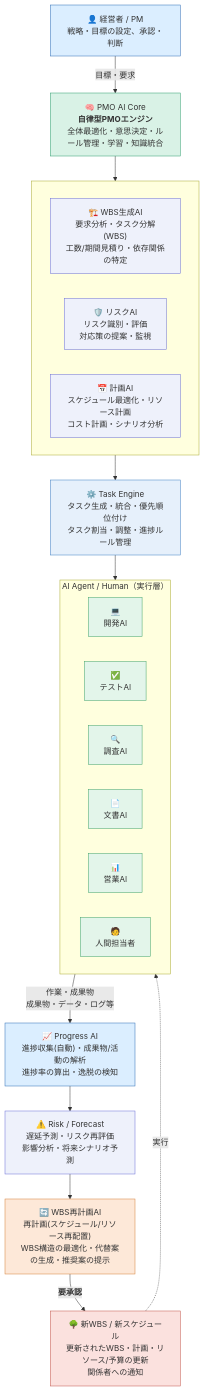
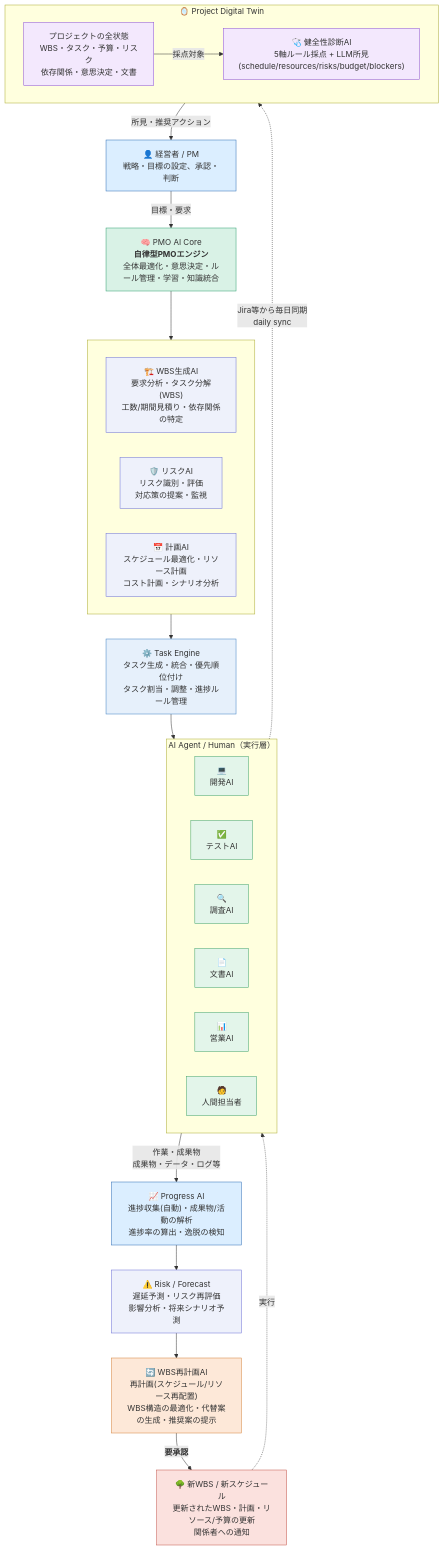
One commit to itanaka66/AI-PMO-Platform changed the diagram in README.md. Above: the diagram before and after it, drawn with Mermaid. The commit also changed other lines of this file, not shown here.

Commit message:
Add Project Digital Twin to the README architecture diagram
The vision diagram covered the WBS-replan loop (Progress AI -> Risk/Forecast
-> WBS-replan AI -> approval) but omitted the Project Digital Twin
(docs/PROJECT-DIGITAL-TWIN.md), even though it's real, running code
alongside that loop: digital_twin_sync pulls a project's full state from
Jira daily, and digital_twin_diagnose scores it via aipmo/health.py's
five-axis rule scoring with an LLM writing the narrative on top -- the same
hybrid principle the diagram already documents for Progress AI.

Adds a "Project Digital Twin" subgraph (state store -> health diagnosis)
connected into the existing loop: execution feeds it via the daily sync,
and its findings flow to the executive/PM alongside the WBS-replan
approval path. Extends the correspondence table with the two new rows and
notes in the closing paragraph that the Digital Twin is implemented, not
just conceptual.

````diff
--- a/README.md
+++ b/README.md
@@ -41,58 +41,70 @@
 ```mermaid
 flowchart TB
     exec["👤 経営者 / PM<br/>戦略・目標の設定、承認・判断"]
     core["🧠 PMO AI Core<br/><b>自律型PMOエンジン</b><br/>全体最適化・意思決定・ルール管理・学習・知識統合"]
 
     subgraph planning[" "]
         direction LR
         wbs_gen["🏗️ WBS生成AI<br/>要求分析・タスク分解(WBS)<br/>工数/期間見積り・依存関係の特定"]
         risk_ai["🛡️ リスクAI<br/>リスク識別・評価<br/>対応策の提案・監視"]
         plan_ai["📅 計画AI<br/>スケジュール最適化・リソース計画<br/>コスト計画・シナリオ分析"]
     end
 
     task_engine["⚙️ Task Engine<br/>タスク生成・統合・優先順位付け<br/>タスク割当・調整・進捗ルール管理"]
 
     subgraph execution["AI Agent / Human（実行層）"]
         direction LR
         dev["💻<br/>開発AI"]
         test["✅<br/>テストAI"]
         research["🔍<br/>調査AI"]
         doc["📄<br/>文書AI"]
         sales["📊<br/>営業AI"]
         human["🧑<br/>人間担当者"]
     end
 
     progress["📈 Progress AI<br/>進捗収集(自動)・成果物/活動の解析<br/>進捗率の算出・逸脱の検知"]
     forecast["⚠️ Risk / Forecast<br/>遅延予測・リスク再評価<br/>影響分析・将来シナリオ予測"]
     replan["🔄 WBS再計画AI<br/>再計画(スケジュール/リソース再配置)<br/>WBS構造の最適化・代替案の生成・推奨案の提示"]
     new_wbs["🌳 新WBS / 新スケジュール<br/>更新されたWBS・計画・リソース/予算の更新<br/>関係者への通知"]
 
+    subgraph twin_group["🪞 Project Digital Twin"]
+        direction LR
+        twin["プロジェクトの全状態<br/>WBS・タスク・予算・リスク<br/>依存関係・意思決定・文書"]
+        twin_diag["🩺 健全性診断AI<br/>5軸ルール採点 + LLM所見<br/>(schedule/resources/risks/budget/blockers)"]
+        twin -->|採点対象| twin_diag
+    end
+
     exec -->|目標・要求| core
     core --> planning
     planning --> task_engine
     task_engine --> execution
     execution -->|作業・成果物<br/>成果物・データ・ログ等| progress
     progress --> forecast
     forecast --> replan
     replan -->|<b>要承認</b>| new_wbs
     new_wbs -.->|実行| execution
 
+    execution -.->|Jira等から毎日同期<br/>daily sync| twin
+    twin_diag -->|所見・推奨アクション| exec
+
     classDef exec fill:#dbeeff,stroke:#2f6db5;
     classDef core fill:#d9f2e6,stroke:#2f9e6f;
     classDef plan fill:#eef1fb,stroke:#6b6fd6;
     classDef task fill:#e6f0fb,stroke:#3f7fc1;
     classDef ex fill:#e3f5ea,stroke:#3fa26b;
     classDef prog fill:#dbeeff,stroke:#2f6db5;
     classDef risk fill:#eef1fb,stroke:#6b6fd6;
     classDef plan2 fill:#fde8d8,stroke:#d4813a;
     classDef wbs fill:#fbe1de,stroke:#c1554a;
+    classDef twin fill:#f3e8fd,stroke:#8a4fd6;
     class exec exec;
     class core core;
     class wbs_gen,risk_ai,plan_ai plan;
     class task_engine task;
     class dev,test,research,doc,sales,human ex;
     class progress prog;
     class forecast risk;
     class replan plan2;
     class new_wbs wbs;
+    class twin,twin_diag twin;
 ```
````
